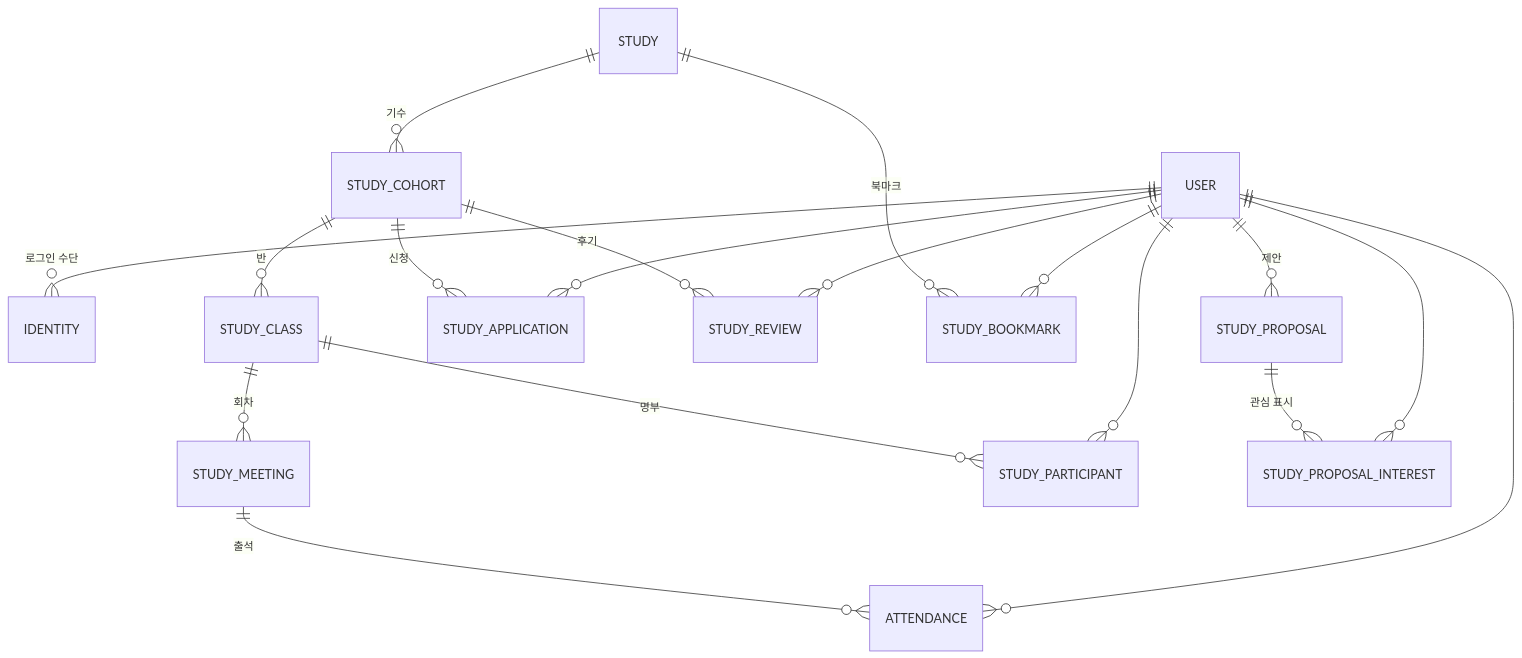
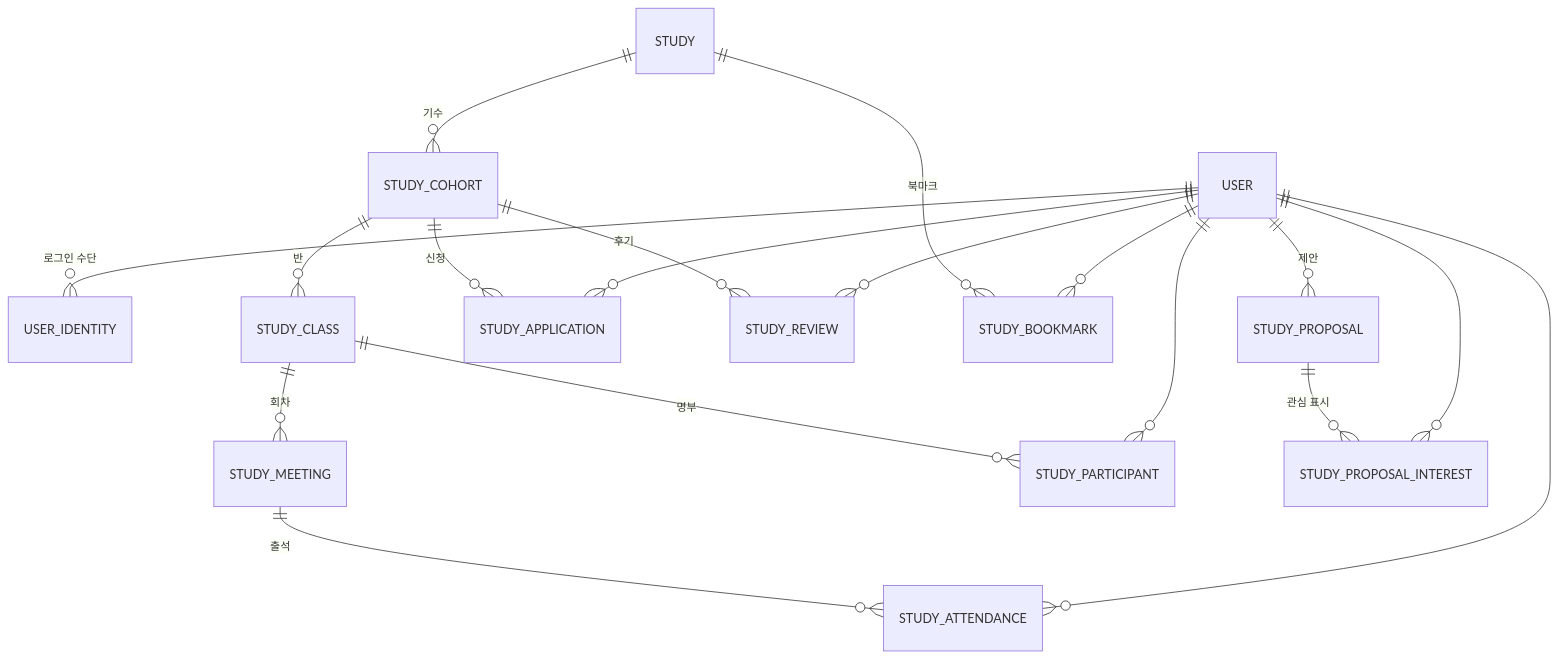
One commit to StudyClub-PlusPlus/studyclub-engineering changed the first of 2 diagrams in docs/erd/README.md. Above: the diagram before and after it, drawn with Mermaid. The commit also changed other lines of this file and 13 other files, not shown here.

````diff
--- a/docs/erd/README.md
+++ b/docs/erd/README.md
@@ -43,20 +42,20 @@
 ```mermaid
 erDiagram
-  USER ||--o{ IDENTITY : "로그인 수단"
+  USER ||--o{ USER_IDENTITY : "로그인 수단"
   STUDY ||--o{ STUDY_COHORT : "기수"
   STUDY_COHORT ||--o{ STUDY_CLASS : "반"
   STUDY_CLASS ||--o{ STUDY_MEETING : "회차"
-  STUDY_MEETING ||--o{ ATTENDANCE : "출석"
-  USER ||--o{ ATTENDANCE : ""
+  STUDY_MEETING ||--o{ STUDY_ATTENDANCE : "출석"
+  USER ||--o{ STUDY_ATTENDANCE : ""
   STUDY_COHORT ||--o{ STUDY_APPLICATION : "신청"
   USER ||--o{ STUDY_APPLICATION : ""
   STUDY_CLASS ||--o{ STUDY_PARTICIPANT : "명부"
   USER ||--o{ STUDY_PARTICIPANT : ""
   STUDY_COHORT ||--o{ STUDY_REVIEW : "후기"
   USER ||--o{ STUDY_REVIEW : ""
   STUDY ||--o{ STUDY_BOOKMARK : "북마크"
   USER ||--o{ STUDY_BOOKMARK : ""
   USER ||--o{ STUDY_PROPOSAL : "제안"
   STUDY_PROPOSAL ||--o{ STUDY_PROPOSAL_INTEREST : "관심 표시"
   USER ||--o{ STUDY_PROPOSAL_INTEREST : ""
 ```
````
